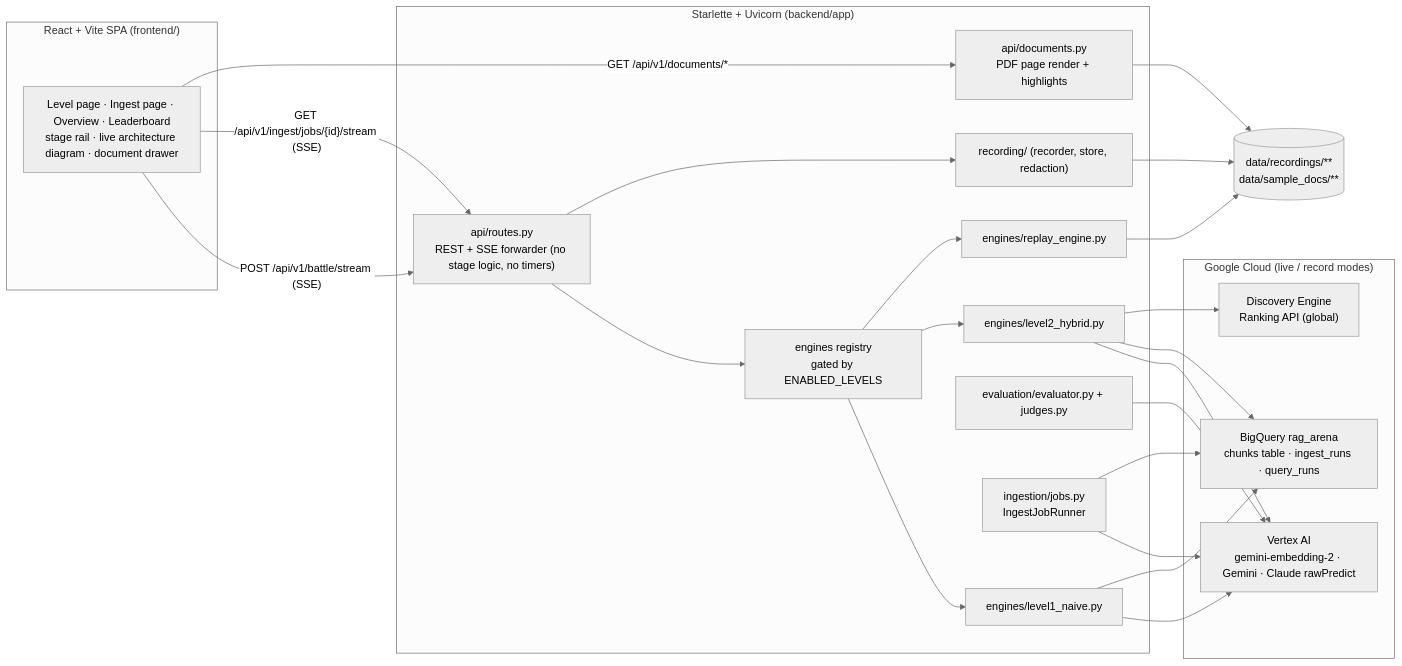
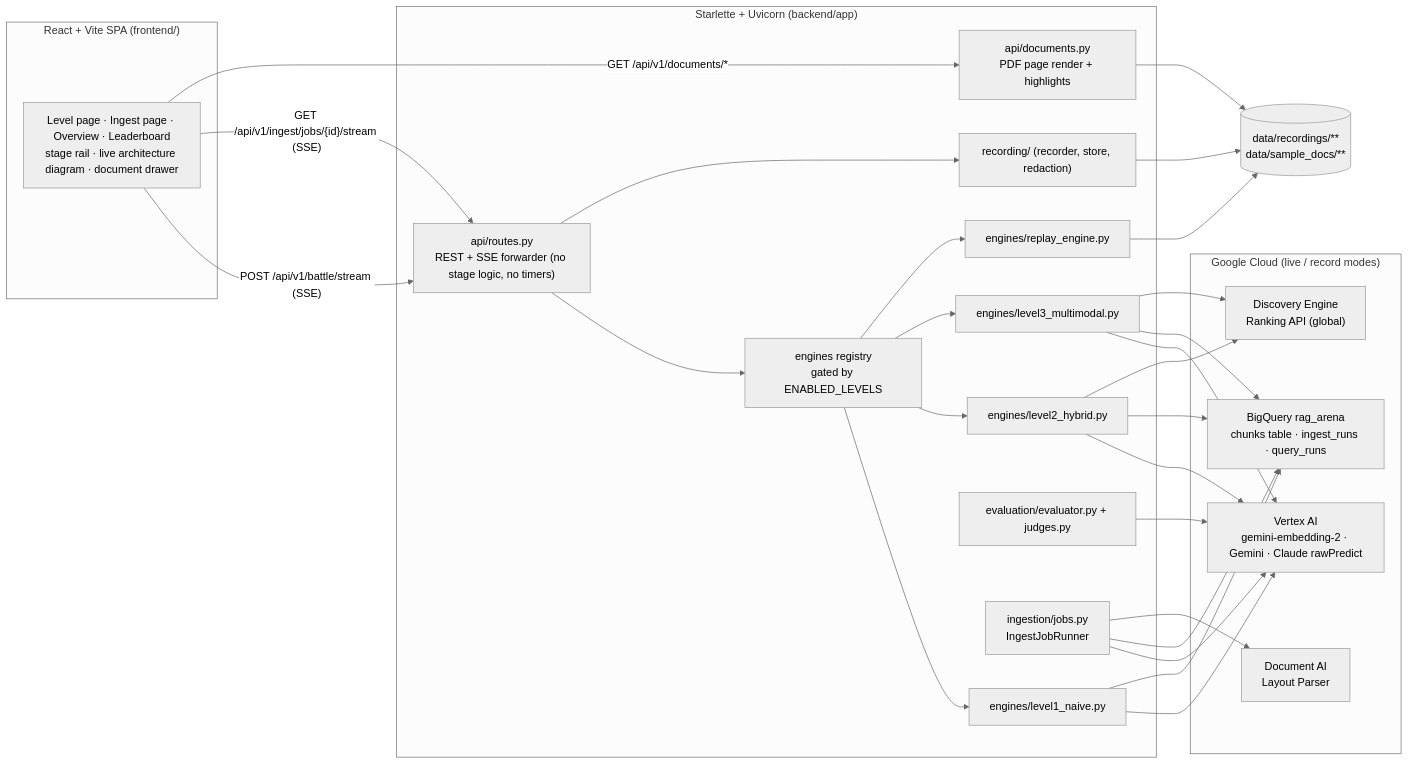
The diagram in docs/ARCHITECTURE.md (nishitpatel01/rag-arena), drawn with Mermaid (neutral theme) before and after one commit. The commit also changed other lines of this file and 2 other files, not shown here.

Commit message:
docs: Level 3 live — compact README (one screenshot per level, averages table), detail moved to ARCHITECTURE/SETUP

````diff
--- a/docs/ARCHITECTURE.md
+++ b/docs/ARCHITECTURE.md
@@ -11,35 +11,38 @@
 ```mermaid
 flowchart LR
     subgraph Browser["React + Vite SPA (frontend/)"]
         UI["Level page · Ingest page · Overview · Leaderboard<br/>stage rail · live architecture diagram · document drawer"]
     end
     subgraph API["Starlette + Uvicorn (backend/app)"]
         R["api/routes.py<br/>REST + SSE forwarder (no stage logic, no timers)"]
         D["api/documents.py<br/>PDF page render + highlights"]
         REG["engines registry<br/>gated by ENABLED_LEVELS"]
         L1["engines/level1_naive.py"]
         L2["engines/level2_hybrid.py"]
+        L3["engines/level3_multimodal.py"]
         RP["engines/replay_engine.py"]
         EV["evaluation/evaluator.py + judges.py"]
         IJ["ingestion/jobs.py<br/>IngestJobRunner"]
         REC["recording/ (recorder, store, redaction)"]
     end
     subgraph GCP["Google Cloud (live / record modes)"]
         VX["Vertex AI<br/>gemini-embedding-2 · Gemini · Claude rawPredict"]
         RA["Discovery Engine<br/>Ranking API (global)"]
+        DA["Document AI<br/>Layout Parser"]
         BQ["BigQuery rag_arena<br/>chunks table · ingest_runs · query_runs"]
     end
     FS[("data/recordings/**<br/>data/sample_docs/**")]
 
     UI -- "POST /api/v1/battle/stream (SSE)" --> R
     UI -- "GET /api/v1/ingest/jobs/{id}/stream (SSE)" --> R
     UI -- "GET /api/v1/documents/*" --> D
-    R --> REG --> L1 & L2 & RP
+    R --> REG --> L1 & L2 & L3 & RP
     L1 --> VX & BQ
     L2 --> VX & BQ & RA
+    L3 --> VX & BQ & RA
     EV --> VX
-    IJ --> VX & BQ
+    IJ --> VX & BQ & DA
     R --> REC --> FS
     RP --> FS
     D --> FS
 ```
````
